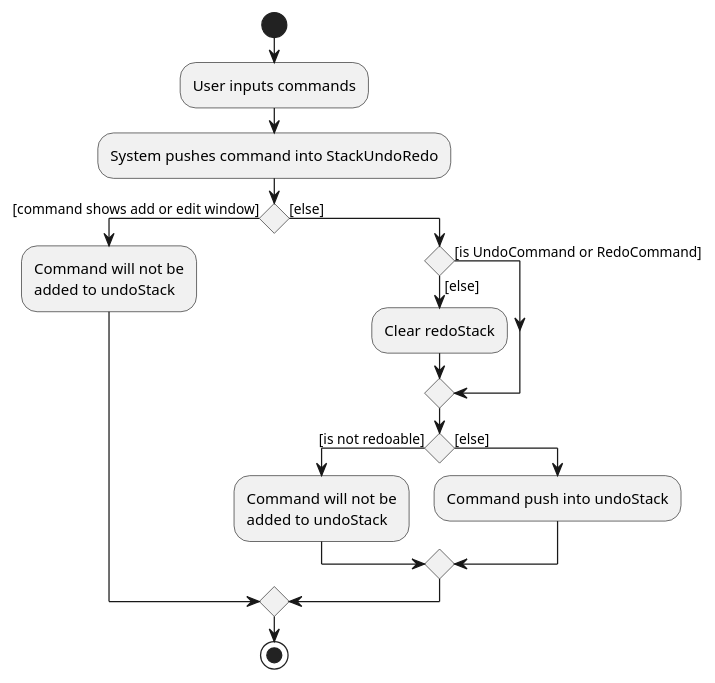
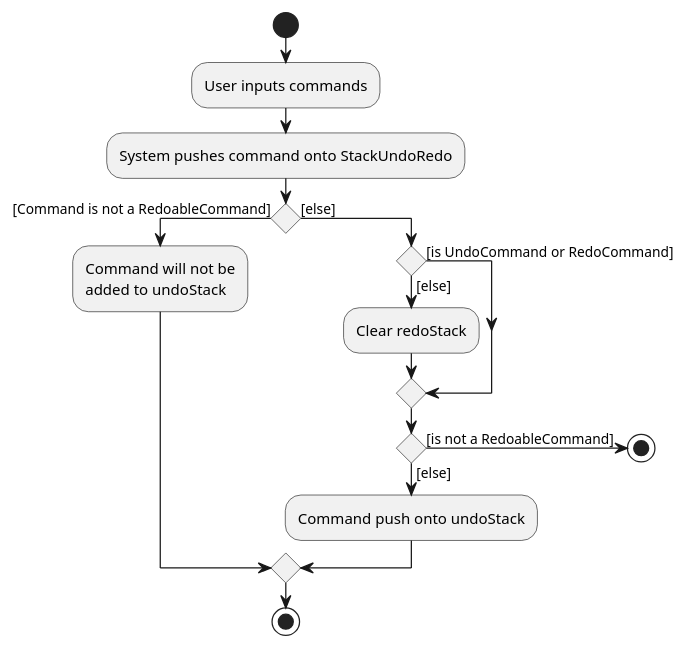
Before and after one commit to nus-cs2103-AY2122S2/tp: the diagram in docs/diagrams/UndoRedo1.puml, drawn with PlantUML. The commit also changed 1 other file, not shown here.

Commit message:
Update UndoRedo image

```diff
--- a/docs/diagrams/UndoRedo1.puml
+++ b/docs/diagrams/UndoRedo1.puml
@@ -1,25 +1,24 @@
 @startuml
 start
 :User inputs commands;
-:System pushes command into StackUndoRedo;
+:System pushes command onto StackUndoRedo;
 
 
-if () then ([command shows add or edit window])
+if () then ([Command is not a RedoableCommand])
     :Command will not be
     added to undoStack;
 else ([else])
     if () then ([else])
         :Clear redoStack;
     else ([is UndoCommand or RedoCommand])
 
     endif
 
-    if () then ([is not redoable])
-        :Command will not be
-        added to undoStack;
+    if () then ([is not a RedoableCommand])
+        stop
     else ([else])
-        :Command push into undoStack;
+        :Command push onto undoStack;
     endif
 endif
 stop
 @enduml
```
